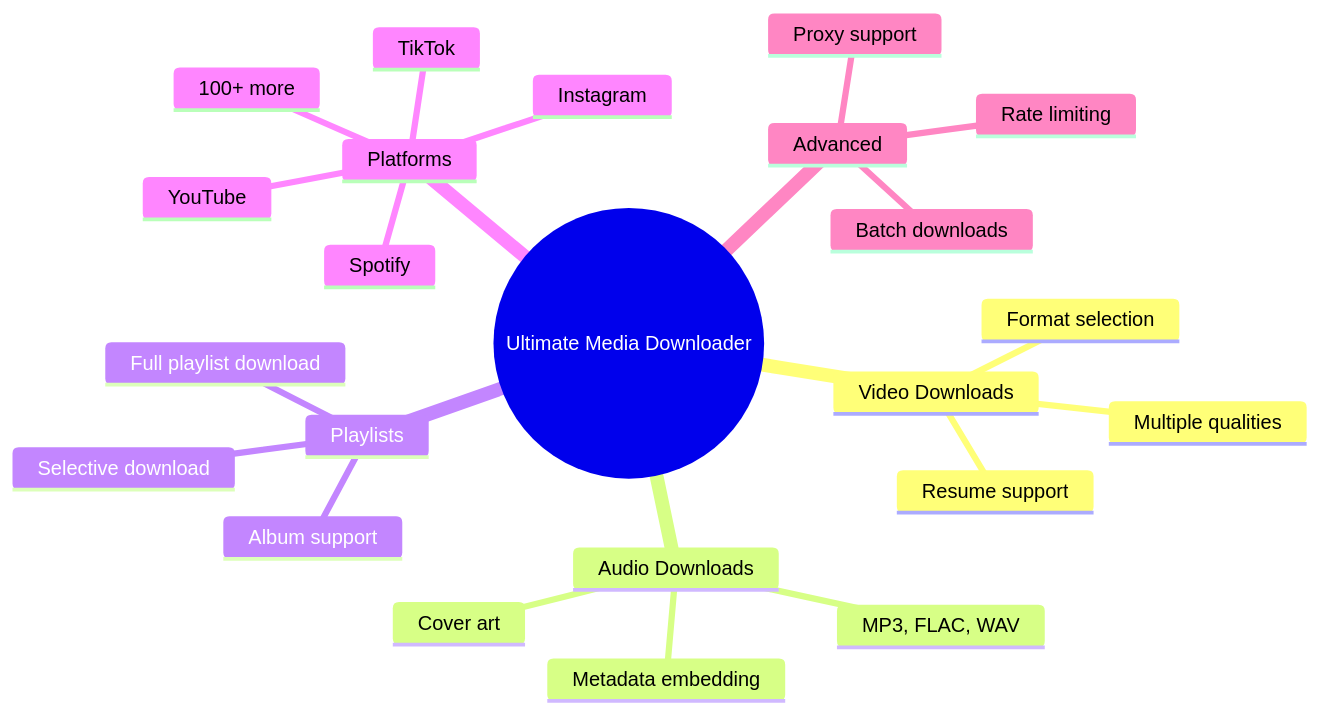
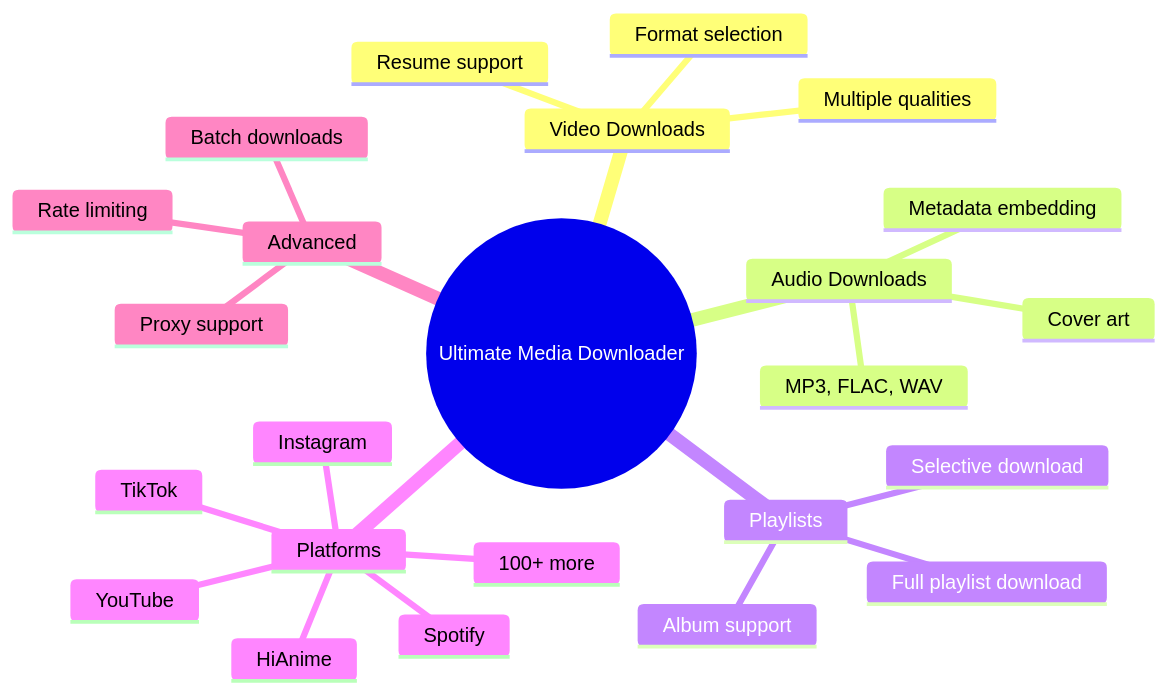
The first of 2 diagrams in documentations/PROJECT_OVERVIEW.md (NK2552003/ULTIMATE-MEDIA-DOWNLOADER), drawn with Mermaid before and after one commit. The commit also changed other lines of this file and 4 other files, not shown here.

````diff
--- a/documentations/PROJECT_OVERVIEW.md
+++ b/documentations/PROJECT_OVERVIEW.md
@@ -58,26 +58,27 @@
 ```mermaid
 mindmap
   root((Ultimate Media Downloader))
     Video Downloads
       Multiple qualities
       Format selection
       Resume support
     Audio Downloads
       MP3, FLAC, WAV
       Metadata embedding
       Cover art
     Playlists
       Full playlist download
       Selective download
       Album support
     Platforms
       YouTube
       Spotify
       Instagram
       TikTok
+      HiAnime
       100+ more
     Advanced
       Batch downloads
       Proxy support
       Rate limiting
 ```
````
